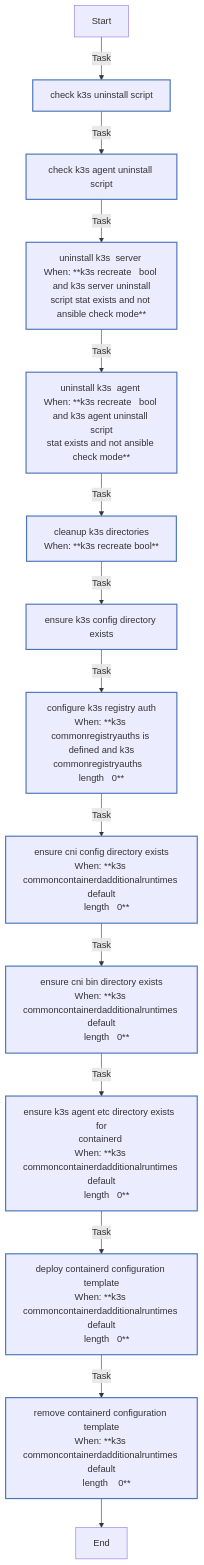
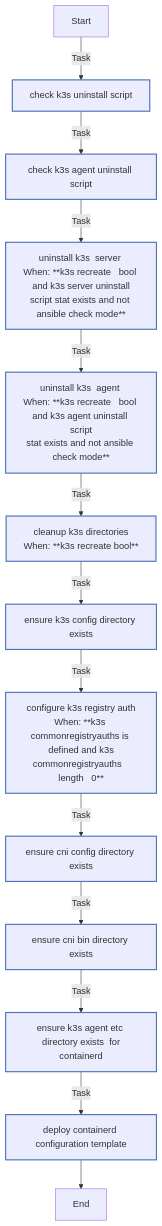
One commit to rou-cru/k3s-homelab changed the diagram in roles/k3s_common/README.md. Above: the diagram before and after it, drawn with Mermaid. The commit also changed other lines of this file and 42 other files, not shown here.

````diff
--- a/roles/k3s_common/README.md
+++ b/roles/k3s_common/README.md
@@ -126,26 +125,25 @@
 ```mermaid
 flowchart TD
 Start
 classDef block stroke:#3498db,stroke-width:2px;
 classDef task stroke:#4b76bb,stroke-width:2px;
 classDef includeTasks stroke:#16a085,stroke-width:2px;
 classDef importTasks stroke:#34495e,stroke-width:2px;
 classDef includeRole stroke:#2980b9,stroke-width:2px;
 classDef importRole stroke:#699ba7,stroke-width:2px;
 classDef includeVars stroke:#8e44ad,stroke-width:2px;
 classDef rescue stroke:#665352,stroke-width:2px;
 
   Start-->|Task| Check_K3s_uninstall_script0[check k3s uninstall script]:::task
   Check_K3s_uninstall_script0-->|Task| Check_K3s_agent_uninstall_script1[check k3s agent uninstall script]:::task
   Check_K3s_agent_uninstall_script1-->|Task| Uninstall_K3s__Server_2[uninstall k3s  server <br>When: **k3s recreate   bool and k3s server uninstall<br>script stat exists and not ansible check mode**]:::task
   Uninstall_K3s__Server_2-->|Task| Uninstall_K3s__Agent_3[uninstall k3s  agent <br>When: **k3s recreate   bool and k3s agent uninstall script<br>stat exists and not ansible check mode**]:::task
   Uninstall_K3s__Agent_3-->|Task| Cleanup_K3s_directories4[cleanup k3s directories<br>When: **k3s recreate   bool**]:::task
   Cleanup_K3s_directories4-->|Task| Ensure_K3s_config_directory_exists5[ensure k3s config directory exists]:::task
   Ensure_K3s_config_directory_exists5-->|Task| Configure_K3s_registry_auth6[configure k3s registry auth<br>When: **k3s commonregistryauths is defined and k3s<br>commonregistryauths   length   0**]:::task
-  Configure_K3s_registry_auth6-->|Task| Ensure_CNI_config_directory_exists7[ensure cni config directory exists<br>When: **k3s commoncontainerdadditionalruntimes   default  <br>    length   0**]:::task
-  Ensure_CNI_config_directory_exists7-->|Task| Ensure_CNI_bin_directory_exists8[ensure cni bin directory exists<br>When: **k3s commoncontainerdadditionalruntimes   default  <br>    length   0**]:::task
-  Ensure_CNI_bin_directory_exists8-->|Task| Ensure_K3s_agent_etc_directory_exists__for_containerd_9[ensure k3s agent etc directory exists  for<br>containerd <br>When: **k3s commoncontainerdadditionalruntimes   default  <br>    length   0**]:::task
-  Ensure_K3s_agent_etc_directory_exists__for_containerd_9-->|Task| Deploy_containerd_configuration_template10[deploy containerd configuration template<br>When: **k3s commoncontainerdadditionalruntimes   default  <br>    length   0**]:::task
-  Deploy_containerd_configuration_template10-->|Task| Remove_containerd_configuration_template11[remove containerd configuration template<br>When: **k3s commoncontainerdadditionalruntimes   default  <br>    length    0**]:::task
-  Remove_containerd_configuration_template11-->End
+  Configure_K3s_registry_auth6-->|Task| Ensure_CNI_config_directory_exists7[ensure cni config directory exists]:::task
+  Ensure_CNI_config_directory_exists7-->|Task| Ensure_CNI_bin_directory_exists8[ensure cni bin directory exists]:::task
+  Ensure_CNI_bin_directory_exists8-->|Task| Ensure_K3s_agent_etc_directory_exists__for_containerd_9[ensure k3s agent etc directory exists  for<br>containerd ]:::task
+  Ensure_K3s_agent_etc_directory_exists__for_containerd_9-->|Task| Deploy_containerd_configuration_template10[deploy containerd configuration template]:::task
+  Deploy_containerd_configuration_template10-->End
 ```
````
